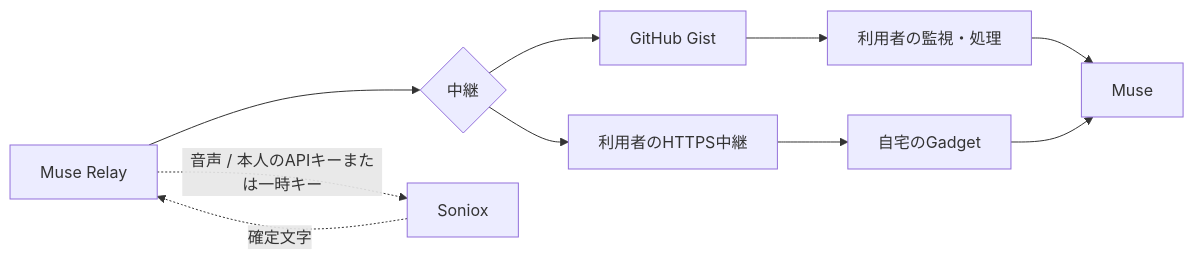
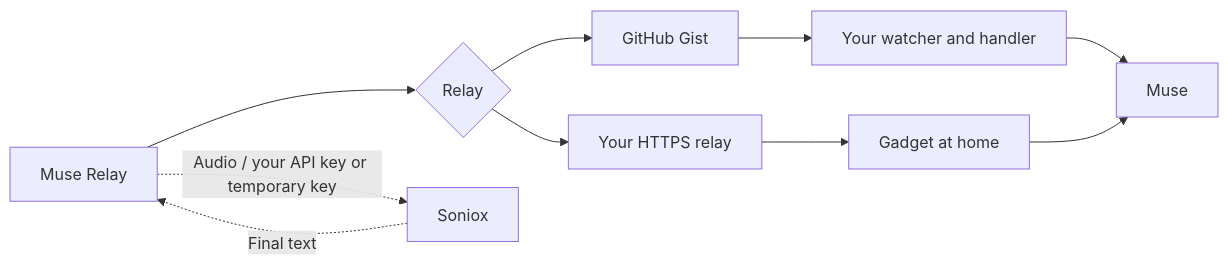
The diagram in docs/relay-comparison.md (3mintimer/muse-relay), drawn with Mermaid before and after one commit. The commit also changed other lines of this file and 49 other files, not shown here.

````diff
--- a/docs/relay-comparison.md
+++ b/docs/relay-comparison.md
@@ -20,8 +22,8 @@
 ```mermaid
 flowchart LR
-  App[Muse Relay] --> Choice{中継}
-  Choice --> Gist[GitHub Gist] --> Handler[利用者の監視・処理] --> Muse
-  Choice --> HTTPS[利用者のHTTPS中継] --> Atom[自宅のGadget] --> Muse
-  App -.音声 / 本人のAPIキーまたは一時キー.-> Soniox
-  Soniox -.確定文字.-> App
+  App[Muse Relay] --> Choice{Relay}
+  Choice --> Gist[GitHub Gist] --> Handler[Your watcher and handler] --> Muse
+  Choice --> HTTPS[Your HTTPS relay] --> Atom[Gadget at home] --> Muse
+  App -.Audio / your API key or temporary key.-> Soniox
+  Soniox -.Final text.-> App
 ```
````
